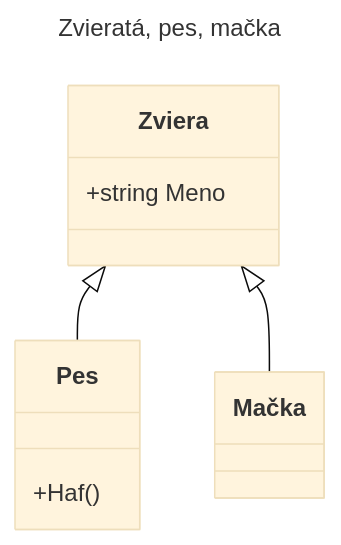
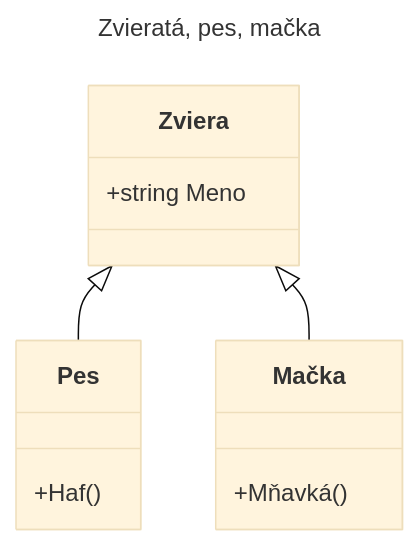
The second of 6 diagrams in Lessons_sk/14_inheritance_polymorphism_sk.md (SpsKnSK/api), drawn with Mermaid (base theme) before and after one commit. The commit also changed other lines of this file and 1 other file, not shown here.

````diff
--- a/Lessons_sk/14_inheritance_polymorphism_sk.md
+++ b/Lessons_sk/14_inheritance_polymorphism_sk.md
@@ -44,16 +44,20 @@
 ```mermaid
 ---
 title: Zvieratá, pes, mačka
 ---
 classDiagram
     Zviera <|-- Pes
     Zviera <|-- Mačka
    
     class Zviera{
         +string Meno
     }
 
     class Pes{
         +Haf()
     }
+
+    class Mačka{
+        +Mňavká()
+    }
 ```
````
